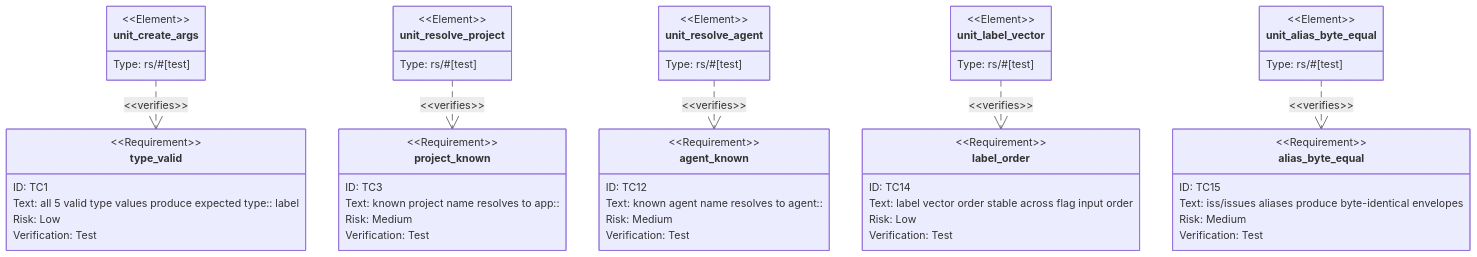
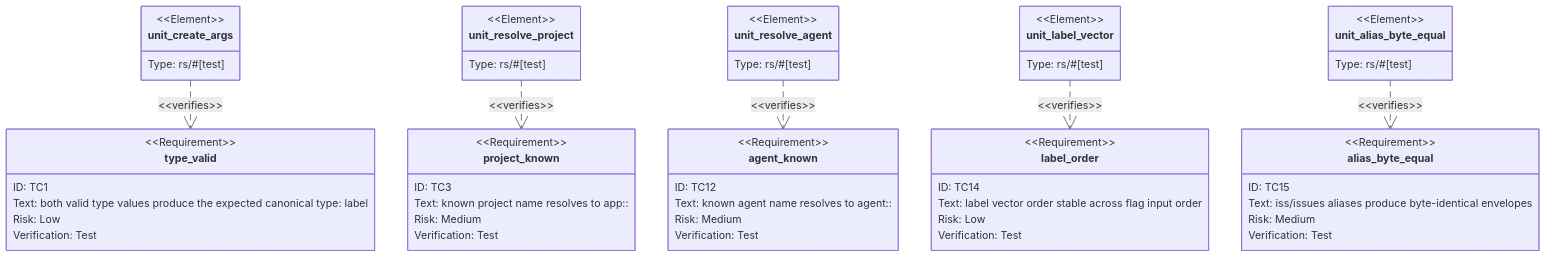
The third of 3 diagrams in apps/agentic-workflow/tech-design/surface/specs/score-wi-cli-redesign.md (chrischeng-c4/axiom), drawn with Mermaid before and after one commit. The commit also changed other lines of this file and 237 other files, not shown here.

```diff
--- a/apps/agentic-workflow/tech-design/surface/specs/score-wi-cli-redesign.md
+++ b/apps/agentic-workflow/tech-design/surface/specs/score-wi-cli-redesign.md
@@ -352,7 +352,7 @@
 requirements:
   type_valid:
     id: TC1
-    text: "all 5 valid type values produce expected type::<v> label"
+    text: "both valid type values produce the expected canonical type:<v> label"
     kind: functional
     risk: low
     verify: test
@@ -376,13 +376,13 @@
     verify: test
   project_card_epic_0:
     id: TC5
-    text: "epic with 0 --project succeeds; labels = [type::epic]"
+    text: "epic with 0 --project succeeds; labels = [type:epic]"
     kind: functional
     risk: low
     verify: test
   project_card_epic_1:
     id: TC6
-    text: "epic with 1 --project succeeds; labels = [type::epic, app::<v>]"
+    text: "epic with 1 --project succeeds; labels = [type:epic, app:<v>]"
     kind: functional
     risk: low
     verify: test
@@ -486,7 +486,7 @@
 requirementDiagram
     requirement type_valid {
       id: TC1
-      text: "all 5 valid type values produce expected type::<v> label"
+      text: "both valid type values produce the expected canonical type:<v> label"
       risk: low
       verifymethod: test
     }
```
